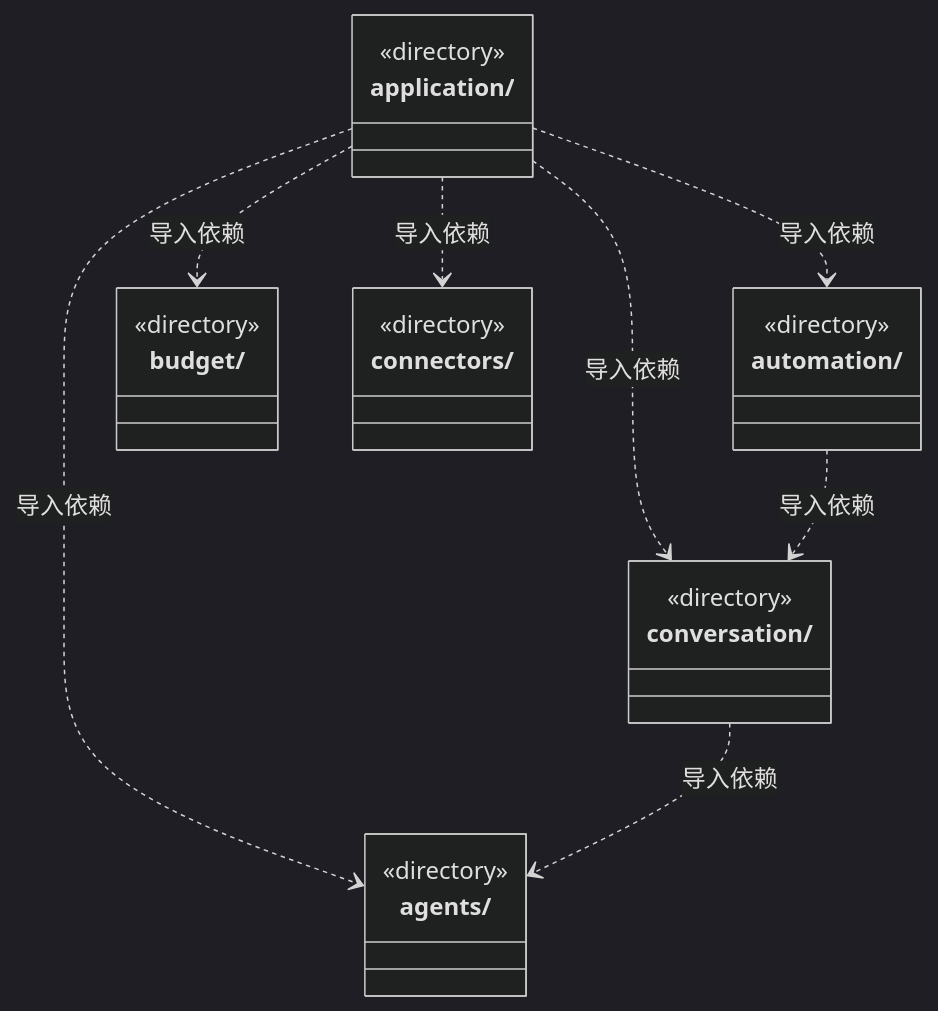
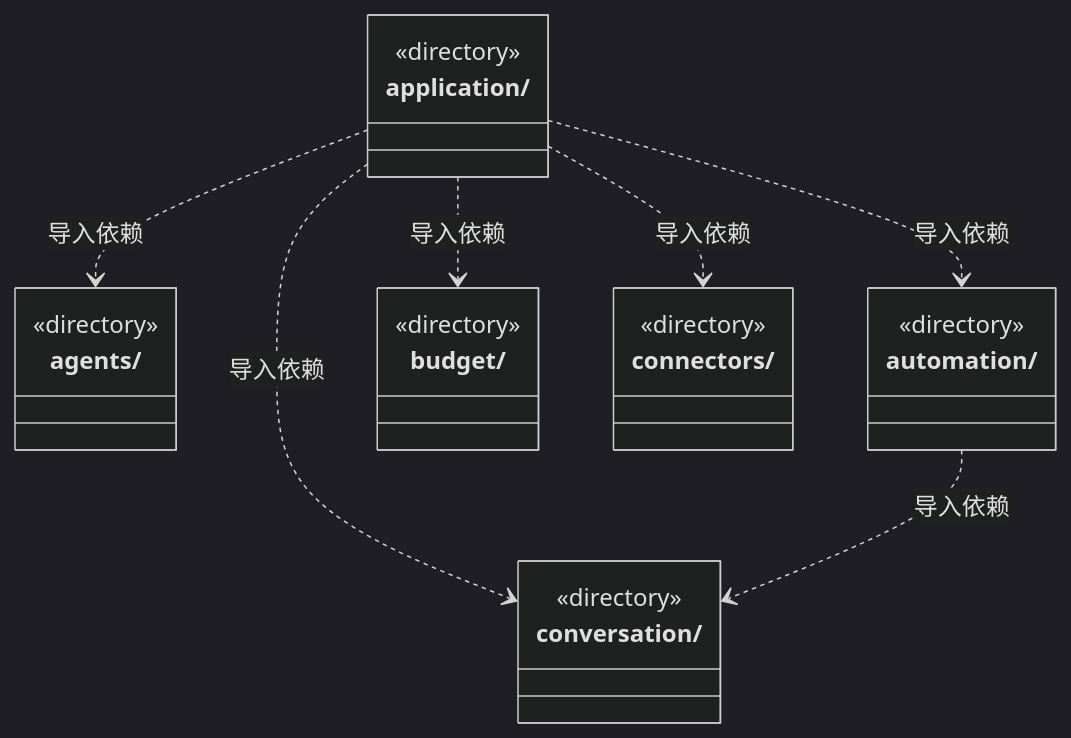
One commit to nan023062/cbim changed the first of 5 diagrams in src/logic/ARCHITECTURE.md. Above: the diagram before and after it, drawn with Mermaid (dark theme). The commit also changed other lines of this file and 28 other files, not shown here.

````diff
--- a/src/logic/ARCHITECTURE.md
+++ b/src/logic/ARCHITECTURE.md
@@ -15,28 +15,27 @@
 ```mermaid
 classDiagram
 class N_src_logic_agents["agents/"] {
   <<directory>>
 }
 class N_src_logic_application["application/"] {
   <<directory>>
 }
 class N_src_logic_automation["automation/"] {
   <<directory>>
 }
 class N_src_logic_budget["budget/"] {
   <<directory>>
 }
 class N_src_logic_connectors["connectors/"] {
   <<directory>>
 }
 class N_src_logic_conversation["conversation/"] {
   <<directory>>
 }
 N_src_logic_application ..> N_src_logic_automation : 导入依赖
 N_src_logic_application ..> N_src_logic_budget : 导入依赖
 N_src_logic_application ..> N_src_logic_conversation : 导入依赖
 N_src_logic_application ..> N_src_logic_connectors : 导入依赖
 N_src_logic_application ..> N_src_logic_agents : 导入依赖
 N_src_logic_automation ..> N_src_logic_conversation : 导入依赖
-N_src_logic_conversation ..> N_src_logic_agents : 导入依赖
 ```
````
